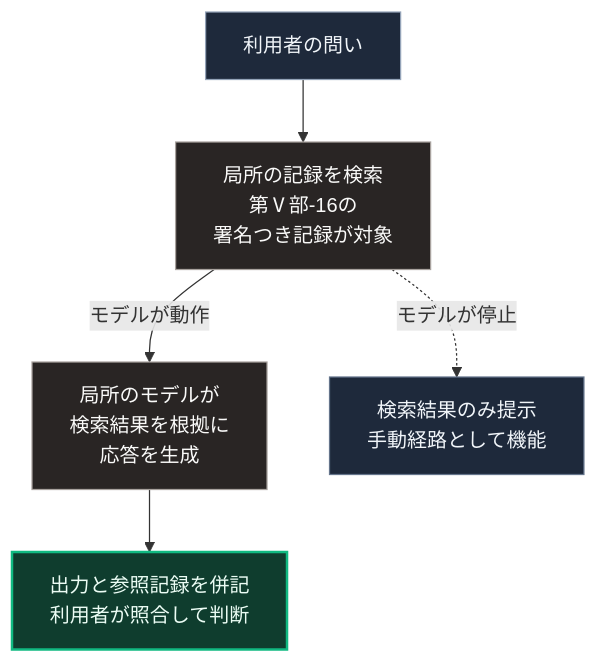
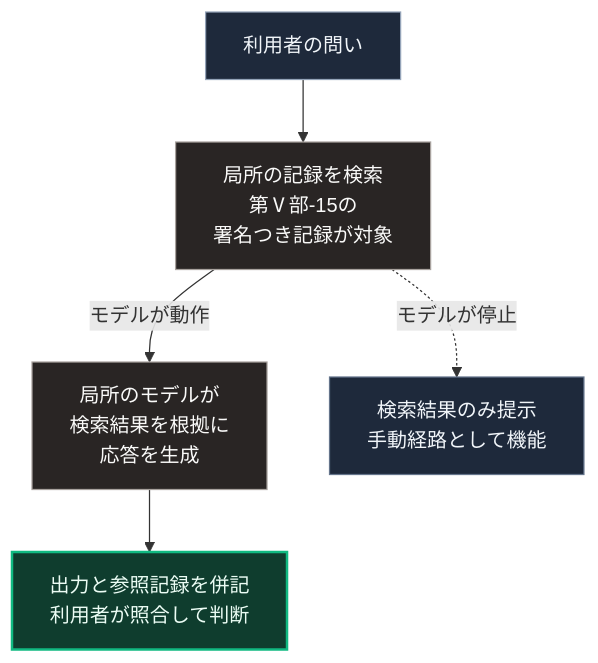
One commit to Takenori-Kusaka/zenn-content changed the diagram in books/sovereign-resilience-blueprint/58_local-rag-offline-slm-decision-support.md. Above: the diagram before and after it, drawn with Mermaid. The commit also changed other lines of this file and 76 other files, not shown here.

````diff
--- a/books/sovereign-resilience-blueprint/58_local-rag-offline-slm-decision-support.md
+++ b/books/sovereign-resilience-blueprint/58_local-rag-offline-slm-decision-support.md
@@ -57,14 +57,14 @@
 ```mermaid
 flowchart TD
     Q[利用者の問い]
-    Q --> S[局所の記録を検索<br>第Ⅴ部-16の<br>署名つき記録が対象]
+    Q --> S[局所の記録を検索<br>第Ⅴ部-15の<br>署名つき記録が対象]
     S -->|モデルが動作| M[局所のモデルが<br>検索結果を根拠に<br>応答を生成]
     S -.->|モデルが停止| O2[検索結果のみ提示<br>手動経路として機能]
     M --> O[出力と参照記録を併記<br>利用者が照合して判断]
 
     style Q fill:#1e293b,stroke:#94a3b8,color:#f1f5f9
     style S fill:#292524,stroke:#a8a29e,color:#fafaf9
     style M fill:#292524,stroke:#a8a29e,color:#fafaf9
     style O fill:#0f3d2e,stroke:#10b981,stroke-width:2px,color:#ecfdf5
     style O2 fill:#1e293b,stroke:#64748b,color:#f1f5f9
 ```
````
